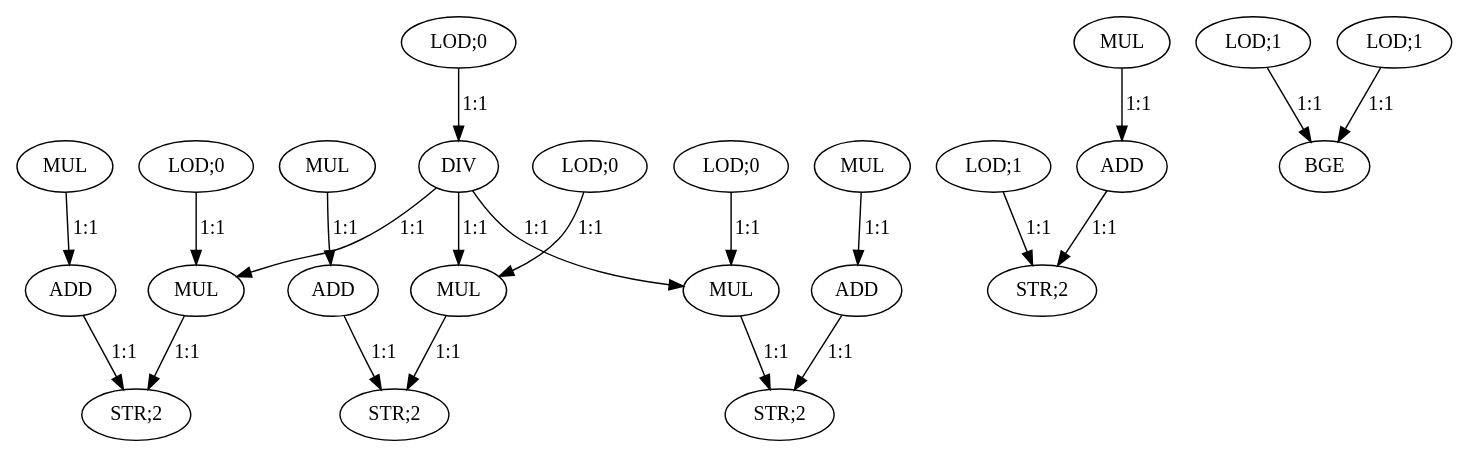
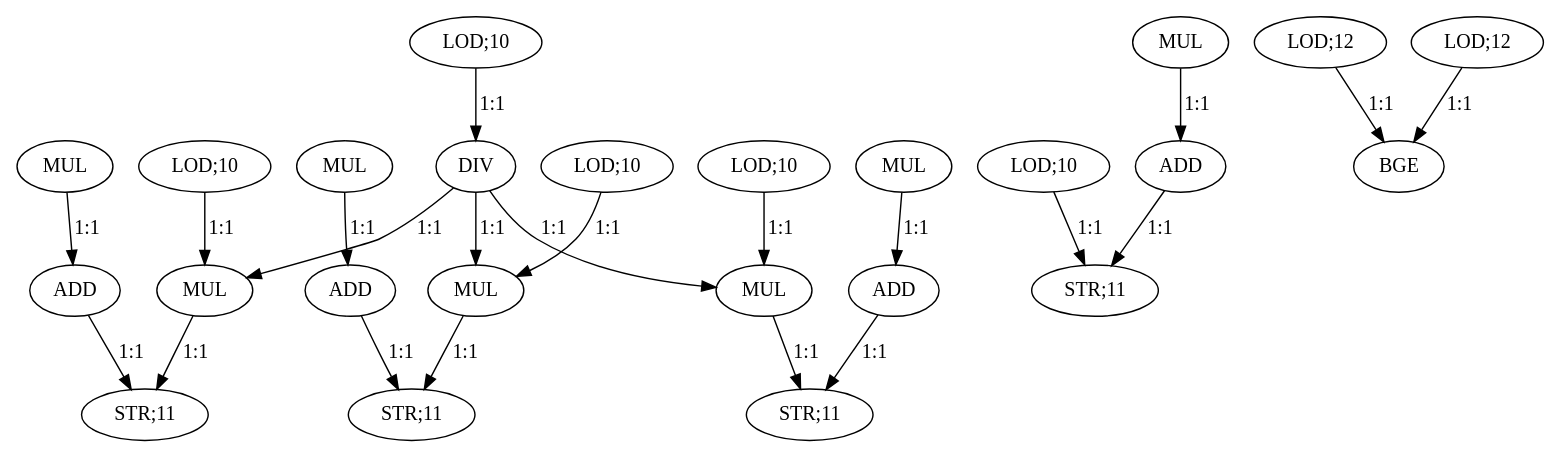
One commit to nikhilsambhus/DFGprop changed the diagram in large_dfgs/Express_loadUpward/mesa_feedback_points.dot. Above: the diagram before and after it, drawn with Graphviz. The commit also changed 10 other files, not shown here.

```diff
--- a/large_dfgs/Express_loadUpward/mesa_feedback_points.dot
+++ b/large_dfgs/Express_loadUpward/mesa_feedback_points.dot
@@ -1,48 +1,48 @@
 digraph  {
-   0 [label="LOD;0"];
+   0 [label="LOD;10"];
    1 [label="DIV"];
-   2 [label="LOD;0"];
+   2 [label="LOD;10"];
    3 [label="MUL"];
    4 [label="MUL"];
    5 [label="ADD"];
-   6 [label="STR;2"];
-   7 [label="LOD;0"];
+   6 [label="STR;11"];
+   7 [label="LOD;10"];
    8 [label="MUL"];
    9 [label="MUL"];
    10 [label="ADD"];
-   11 [label="STR;2"];
-   12 [label="LOD;0"];
+   11 [label="STR;11"];
+   12 [label="LOD;10"];
    13 [label="MUL"];
    14 [label="MUL"];
    15 [label="ADD"];
-   16 [label="STR;2"];
-   17 [label="LOD;1"];
+   16 [label="STR;11"];
+   17 [label="LOD;10"];
    18 [label="MUL"];
    19 [label="ADD"];
-   20 [label="STR;2"];
-   21 [label="LOD;1"];
-   22 [label="LOD;1"];
+   20 [label="STR;11"];
+   21 [label="LOD;12"];
+   22 [label="LOD;12"];
    23 [label="BGE"];
 
    0->1 [label="1:1"];
    1->3 [label="1:1"];
    1->8 [label="1:1"];
    1->13 [label="1:1"];
    2->3 [label="1:1"];
    3->6 [label="1:1"];
    4->5 [label="1:1"];
    5->6 [label="1:1"];
    7->8 [label="1:1"];
    8->11 [label="1:1"];
    9->10 [label="1:1"];
    10->11 [label="1:1"];
    12->13 [label="1:1"];
    13->16 [label="1:1"];
    14->15 [label="1:1"];
    15->16 [label="1:1"];
    17->20 [label="1:1"];
    18->19 [label="1:1"];
    19->20 [label="1:1"];
    21->23 [label="1:1"];
    22->23 [label="1:1"];
 }
```
